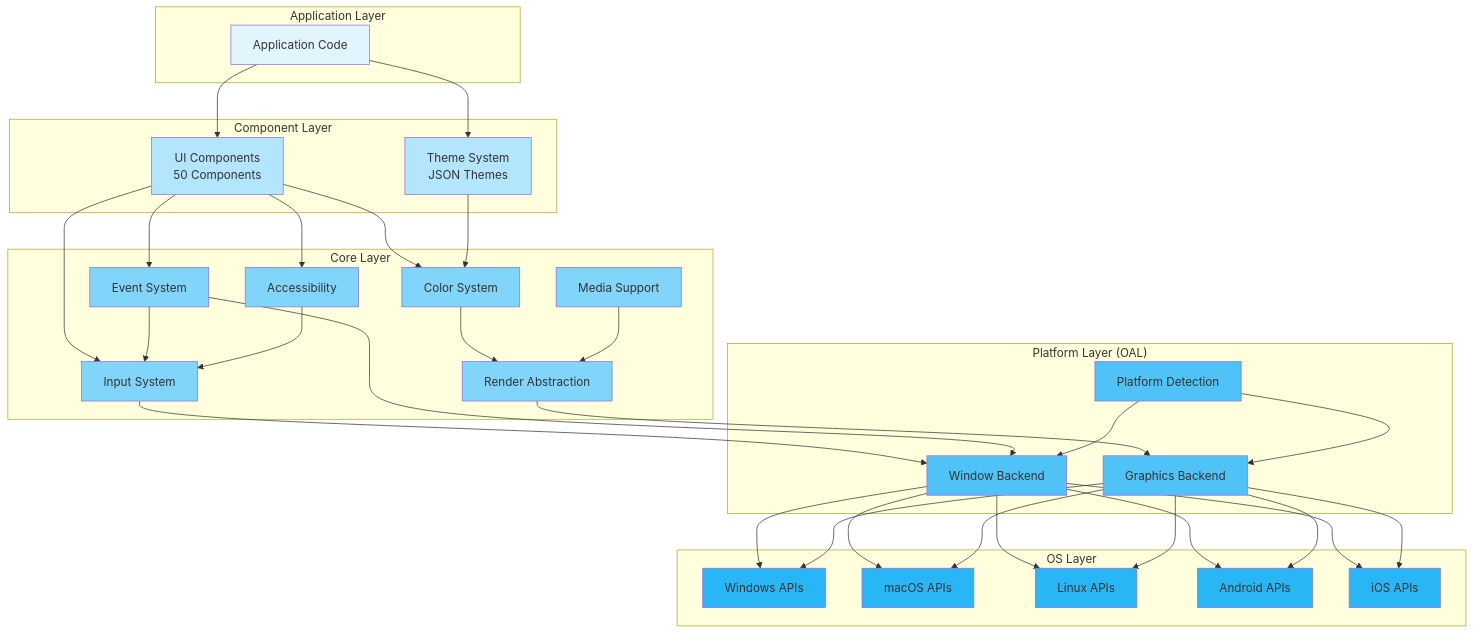
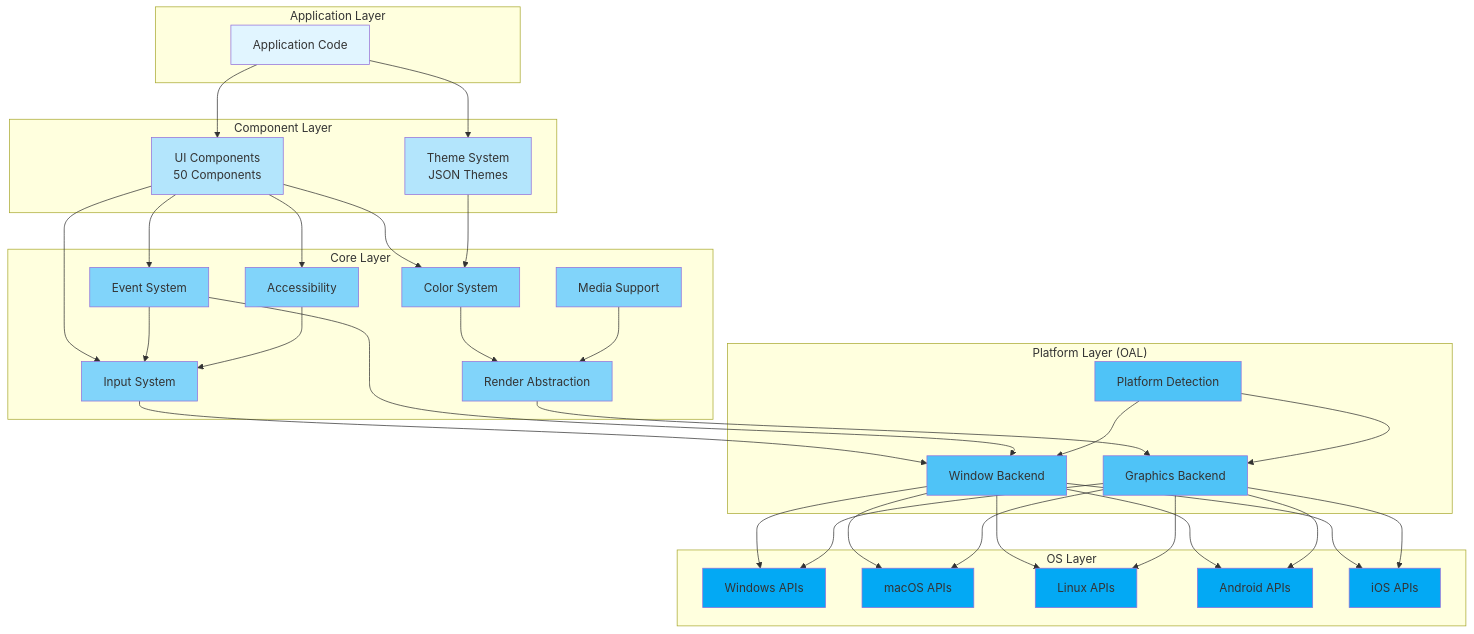
One commit to JEleniel/engage-ux changed the first of 8 diagrams in docs/design/architecture/System_Architecture.md. Above: the diagram before and after it, drawn with Mermaid. The commit also changed other lines of this file and 4 other files, not shown here.

First line of the commit message:
Fix WCAG AAA compliance and improve diagram color consistency

````diff
--- a/docs/design/architecture/System_Architecture.md
+++ b/docs/design/architecture/System_Architecture.md
@@ -86,9 +86,9 @@
     style PLATFORM fill:#4fc3f7
     style WINDOW fill:#4fc3f7
     style GRAPHICS fill:#4fc3f7
-    style WIN fill:#29b6f6
-    style MAC fill:#29b6f6
-    style LIN fill:#29b6f6
-    style AND fill:#29b6f6
-    style IOS fill:#29b6f6
+    style WIN fill:#03a9f4
+    style MAC fill:#03a9f4
+    style LIN fill:#03a9f4
+    style AND fill:#03a9f4
+    style IOS fill:#03a9f4
 ```
````
